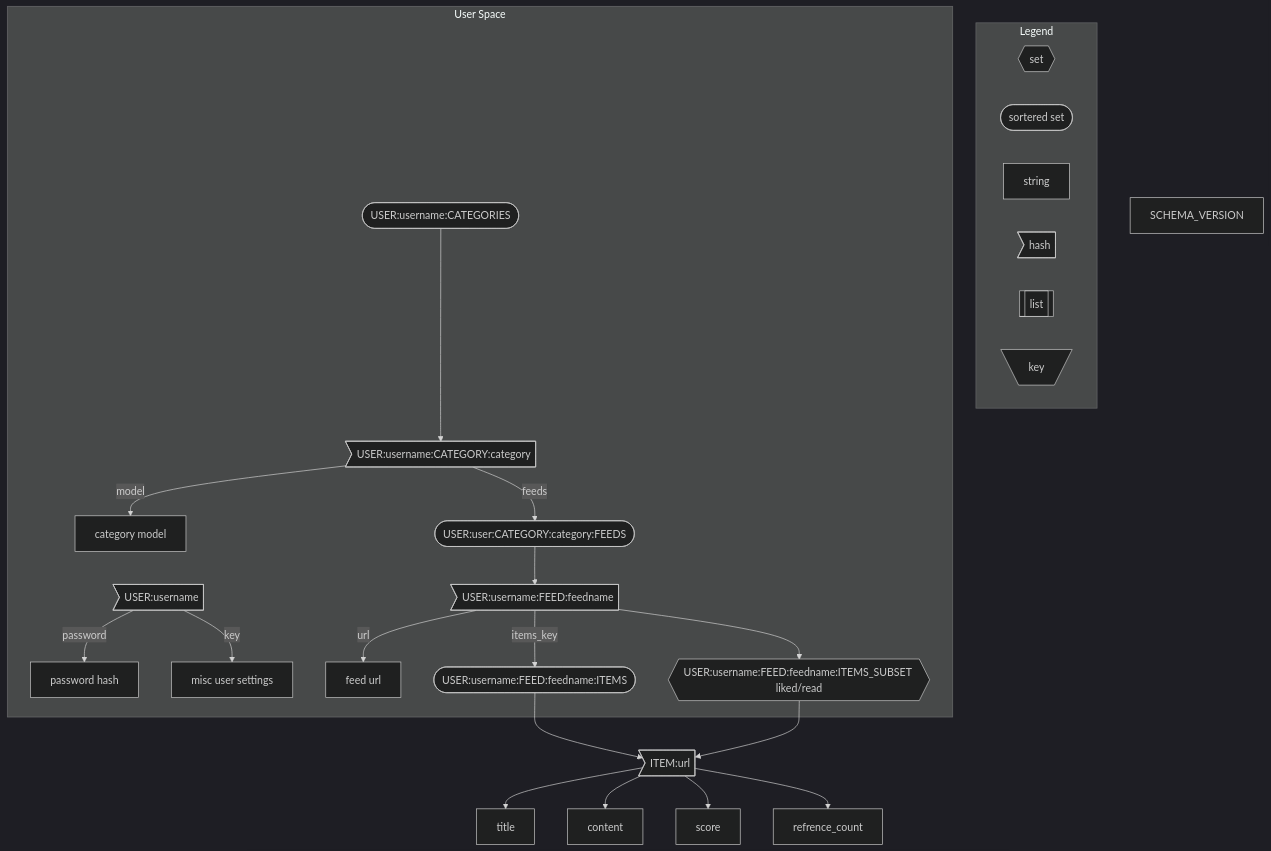
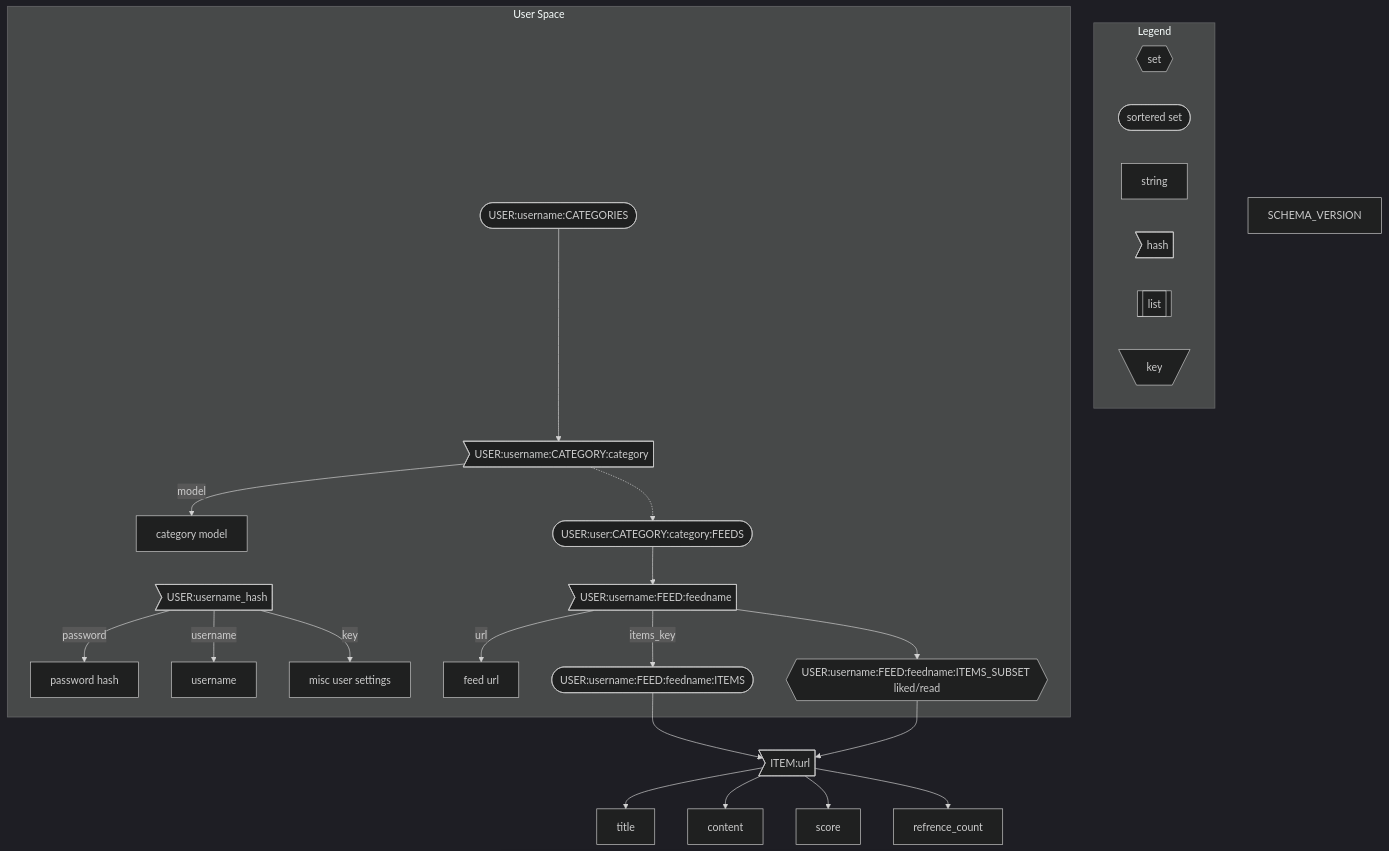
One commit to mullinmax/aggy changed the first of 2 diagrams in README.md. Above: the diagram before and after it, drawn with Mermaid (dark theme). The commit also changed 6 other files, not shown here.

````diff
--- a/README.md
+++ b/README.md
@@ -24,46 +24,47 @@
 ```mermaid
 flowchart TB
 
     subgraph Legend
         direction LR
         set{{set}}
         ordered_set([sortered set])
         string[string]
         hash>hash]
         list[[list]]
         key[\key/]
     end
 
     subgraph User Space
-        user>USER:username] 
+        user>USER:username_hash] 
         user--password--> password_hash[password hash]
+        user--username--> username[username]
         user--key-->misc_user_settings[misc user settings]
         
         categories([USER:username:CATEGORIES])
         category>USER:username:CATEGORY:category]
         category_model[category model]
         category_feeds([USER:user:CATEGORY:category:FEEDS])
         feed>USER:username:FEED:feedname]
         feed_url[feed url]
         items([USER:username:FEED:feedname:ITEMS])
         items_subset{{USER:username:FEED:feedname:ITEMS_SUBSET liked/read}}
 
         categories --> category
         category --model--> category_model
-        category --feeds--> category_feeds
+        category -.-> category_feeds
         category_feeds --> feed
         feed --url--> feed_url
         feed --items_key--> items
         feed --> items_subset
     end
 
     items-->item
     items_subset-->item
     item>ITEM:url]
     item-->title
     item-->content
     item-->score
     item-->refrence_count
     schema_version[SCHEMA_VERSION]
 
 ```
````
